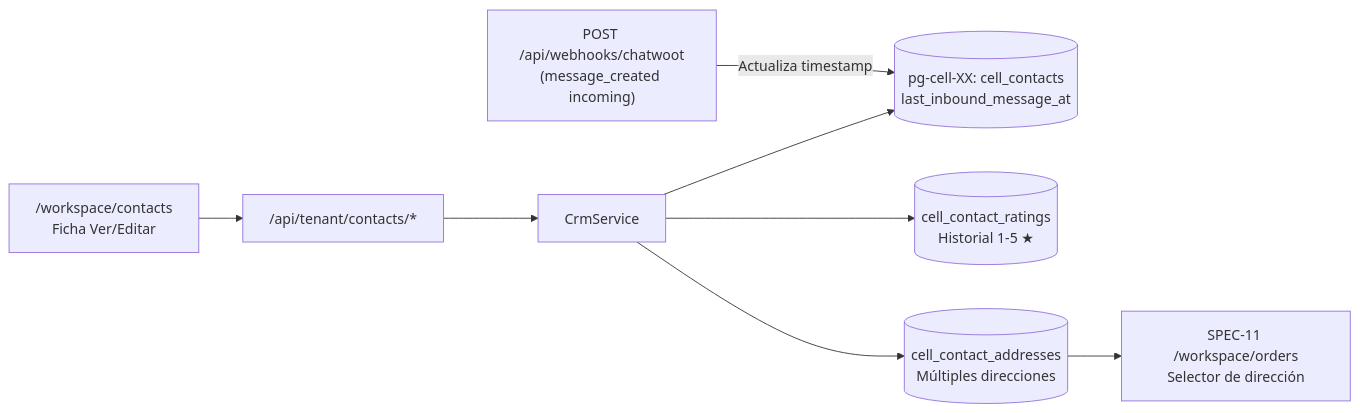
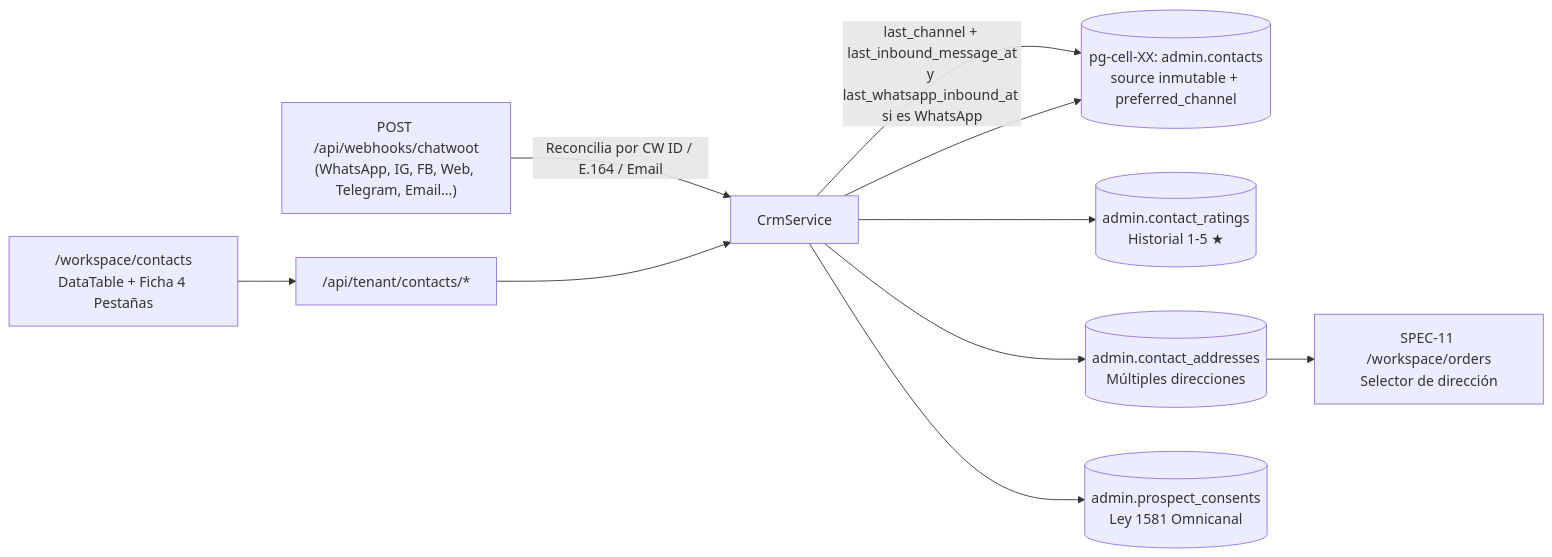
One commit to EnuarRosales/landig-agencia changed the diagram in docs/specs/spec-09-crm-contactos-calificacion-direcciones-prospeccion/design.md. Above: the diagram before and after it, drawn with Mermaid. The commit also changed other lines of this file and 39 other files, not shown here.

````diff
--- a/docs/specs/spec-09-crm-contactos-calificacion-direcciones-prospeccion/design.md
+++ b/docs/specs/spec-09-crm-contactos-calificacion-direcciones-prospeccion/design.md
@@ -5,10 +5,12 @@
 ```mermaid
 flowchart LR
-    ChatwootWH["POST /api/webhooks/chatwoot<br/>(message_created incoming)"] -->|Actualiza timestamp| ContactsDB[("pg-cell-XX: cell_contacts<br/>last_inbound_message_at")]
-    CrmUI["/workspace/contacts<br/>Ficha Ver/Editar"] --> CrmAPI["/api/tenant/contacts/*"]
-    CrmAPI --> CrmSvc["CrmService"]
+    ChatwootWH["POST /api/webhooks/chatwoot<br/>(WhatsApp, IG, FB, Web, Telegram, Email...)"] -->|Reconcilia por CW ID / E.164 / Email| CrmSvc["CrmService"]
+    CrmSvc -->|last_channel + last_inbound_message_at<br/>y last_whatsapp_inbound_at si es WhatsApp| ContactsDB[("pg-cell-XX: admin.contacts<br/>source inmutable + preferred_channel")]
+    CrmUI["/workspace/contacts<br/>DataTable + Ficha 4 Pestañas"] --> CrmAPI["/api/tenant/contacts/*"]
+    CrmAPI --> CrmSvc
     CrmSvc --> ContactsDB
-    CrmSvc --> RatingsDB[("cell_contact_ratings<br/>Historial 1-5 ★")]
-    CrmSvc --> AddressesDB[("cell_contact_addresses<br/>Múltiples direcciones")]
+    CrmSvc --> RatingsDB[("admin.contact_ratings<br/>Historial 1-5 ★")]
+    CrmSvc --> AddressesDB[("admin.contact_addresses<br/>Múltiples direcciones")]
+    CrmSvc --> ConsentsDB[("admin.prospect_consents<br/>Ley 1581 Omnicanal")]
     AddressesDB --> OrdersUI["SPEC-11 /workspace/orders<br/>Selector de dirección"]
 ```
````
